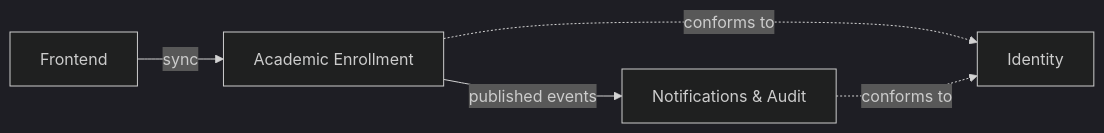
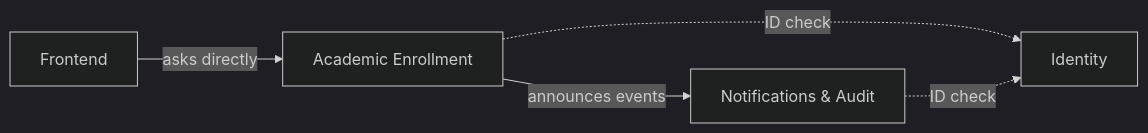
The diagram in tanii/domain-map.md (maycontanii/academic-enrollment-system), drawn with Mermaid (dark theme) before and after one commit. The commit also changed other lines of this file and 1 other file, not shown here.

Commit message:
Update domain map and technical design document for Academic Enrollment System

````diff
--- a/tanii/domain-map.md
+++ b/tanii/domain-map.md
@@ -31,7 +33,7 @@
 ```mermaid
 flowchart LR
-  FE[Frontend] -- sync --> AE[Academic Enrollment]
-  AE -- published events --> NA[Notifications & Audit]
-  AE -. conforms to .-> ID[Identity]
-  NA -. conforms to .-> ID[Identity]
+  FE[Frontend] -- asks directly --> AE[Academic Enrollment]
+  AE -- announces events --> NA[Notifications & Audit]
+  AE -. ID check .-> ID[Identity]
+  NA -. ID check .-> ID[Identity]
 ```
````
